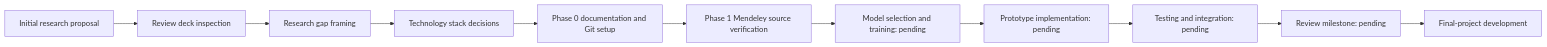
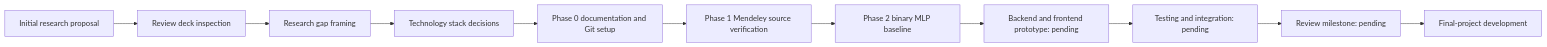
Before and after one commit to KapArnav/food-spoilage-risk-prediction: the diagram in docs/project_history.mmd, drawn with Mermaid. The commit also changed 21 other files, not shown here.

```diff
--- a/docs/project_history.mmd
+++ b/docs/project_history.mmd
@@ -1,11 +1,11 @@
 flowchart LR
     proposal[Initial research proposal] --> review[Review deck inspection]
     review --> gap[Research gap framing]
     gap --> stack[Technology stack decisions]
     stack --> phase0[Phase 0 documentation and Git setup]
     phase0 --> dataset[Phase 1 Mendeley source verification]
-    dataset --> model[Model selection and training: pending]
-    model --> prototype[Prototype implementation: pending]
+    dataset --> model[Phase 2 binary MLP baseline]
+    model --> prototype[Backend and frontend prototype: pending]
     prototype --> testing[Testing and integration: pending]
     testing --> milestone[Review milestone: pending]
     milestone --> future[Final-project development]
```
